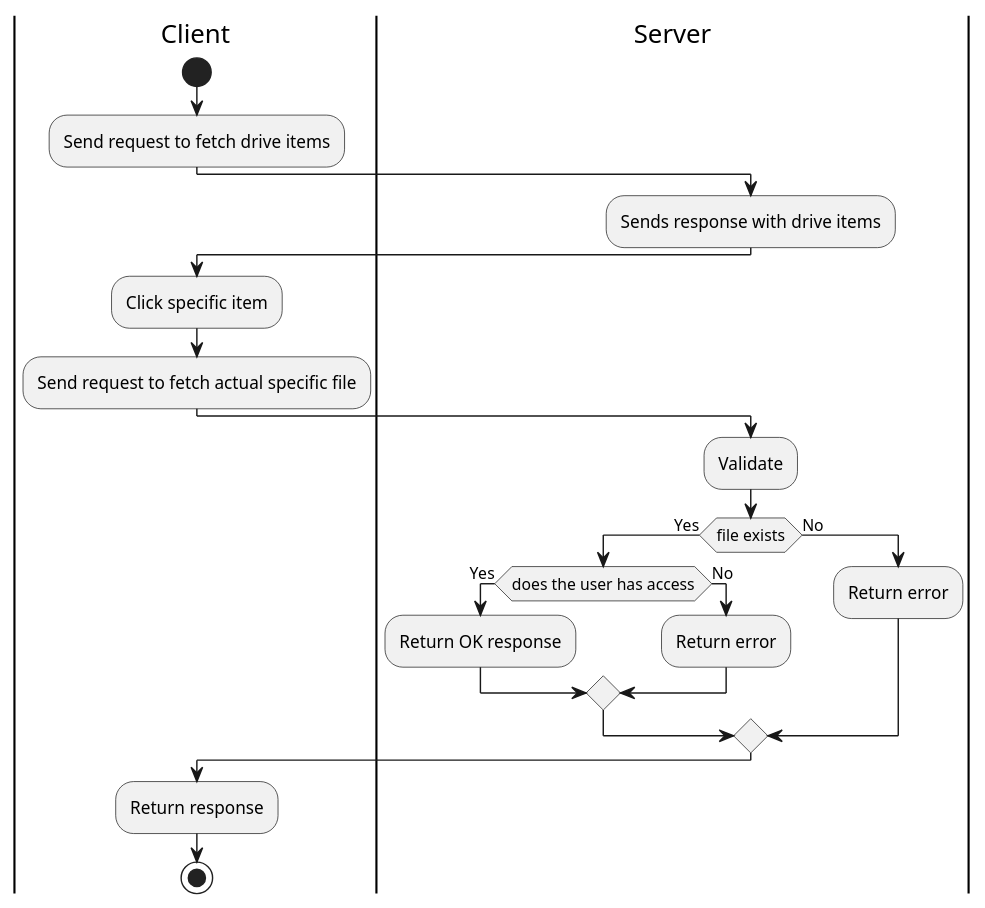
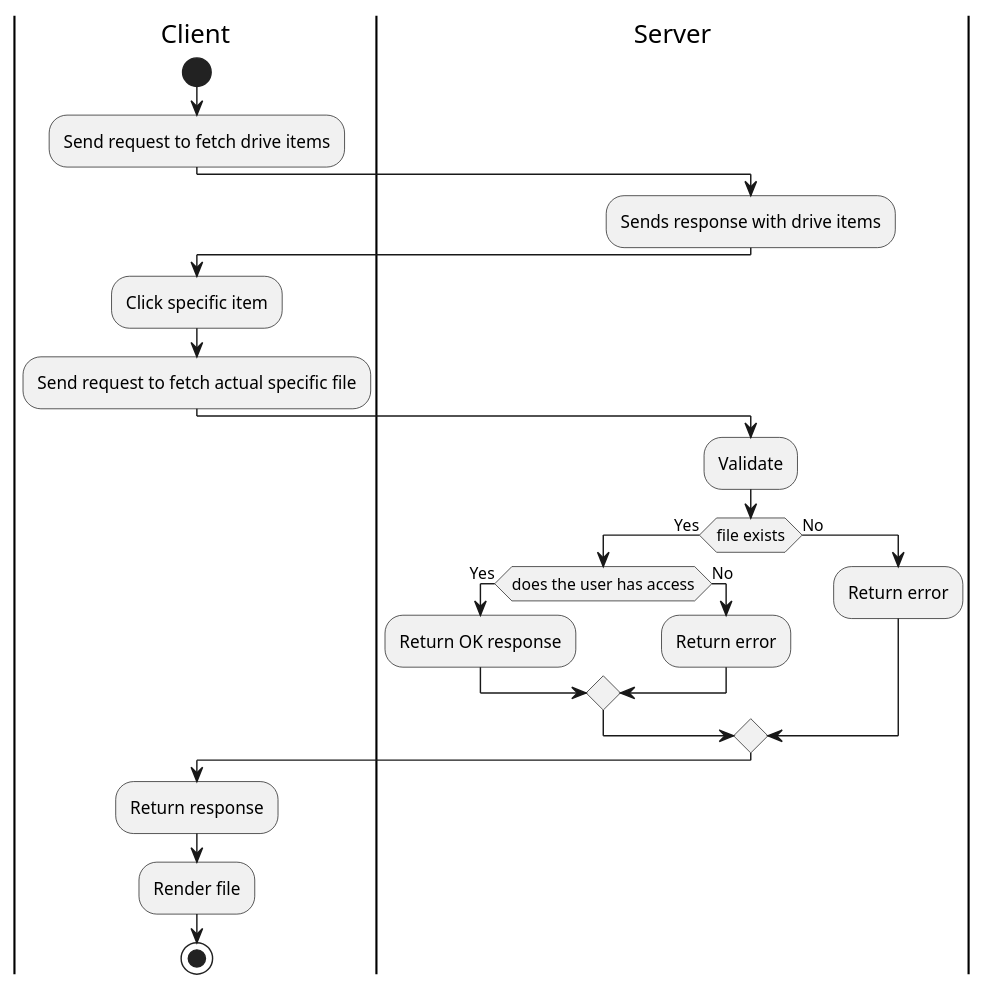
One commit to hakanyildizhan/pwr-22-spring-css-ii-st-gpp changed the diagram in docs/activity-diagrams/view-file.puml. Above: the diagram before and after it, drawn with PlantUML.

```diff
--- a/docs/activity-diagrams/view-file.puml
+++ b/docs/activity-diagrams/view-file.puml
@@ -1,29 +1,30 @@
 @startuml
 |Client|
 start
 |Client|
 :Send request to fetch drive items;
 |Server|
 :Sends response with drive items;
 |Client|
 :Click specific item;
 :Send request to fetch actual specific file;
 |Server|
 :Validate;
 if (file exists) then
  ->Yes;
  if (does the user has access) then
   ->Yes;
   :Return OK response;
  else
   ->No;
   :Return error;
  endif
 else
  -> No;
  :Return error;
 endif
 |Client|
 :Return response;
+:Render file;
 stop
 @enduml
```
